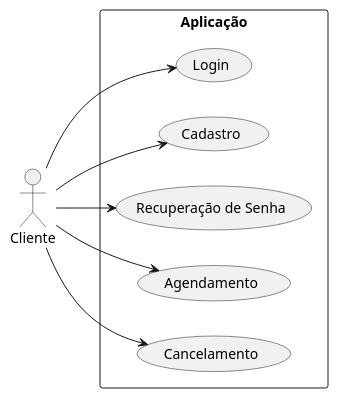
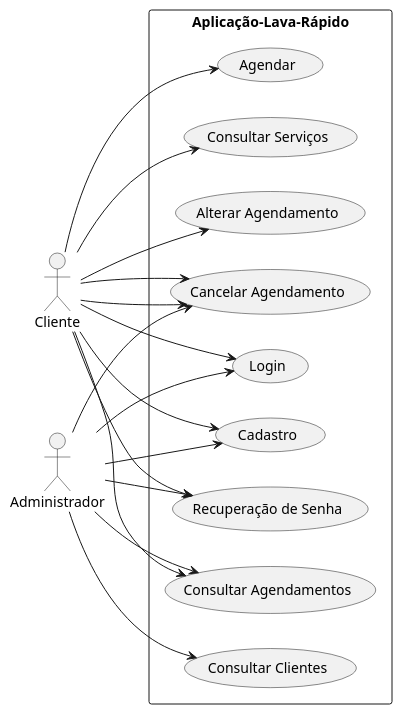
One commit to Lucas-Ed/Pi-2-semestre changed the diagram in Diagramas/casos_de_uso.plantuml. Above: the diagram before and after it, drawn with PlantUML. The commit also changed 7 other files, not shown here.

Commit message:
Atualização-diagramas-doc-modelagemDb

```diff
--- a/Diagramas/casos_de_uso.plantuml
+++ b/Diagramas/casos_de_uso.plantuml
@@ -1,20 +1,36 @@
 @startuml
 left to right direction
 actor "Cliente" as cliente
-rectangle Aplicação {
+actor "Administrador" as administrador
+rectangle Aplicação-Lava-Rápido {
   usecase "Login" as login
   usecase "Cadastro" as cadastro
   usecase "Recuperação de Senha" as recuperacao
-  usecase "Agendamento" as agendamento
-  usecase "Cancelamento" as cancelamento
+  usecase "Agendar" as agendamento
+  usecase "Cancelar Agendamento" as cancelarAgendamento
+  usecase "Consultar Serviços" as consultarServicos
+  usecase "Alterar Agendamento" as alterarAgendamento
+  usecase "Consultar Agendamentos" as consultarAgendamentos
+  usecase "Consultar Clientes" as consultarClientes
 
 
 
 }
 
 cliente --> login
 cliente --> cadastro
 cliente --> agendamento
-cliente --> cancelamento
+cliente --> alterarAgendamento
+cliente --> cancelarAgendamento
 cliente --> recuperacao
+cliente --> cancelarAgendamento
+cliente --> consultarServicos
+cliente --> consultarAgendamentos
+
+administrador --> consultarAgendamentos
+administrador --> consultarClientes
+administrador --> cancelarAgendamento
+administrador --> login
+administrador --> cadastro
+administrador --> recuperacao
 @enduml
```
